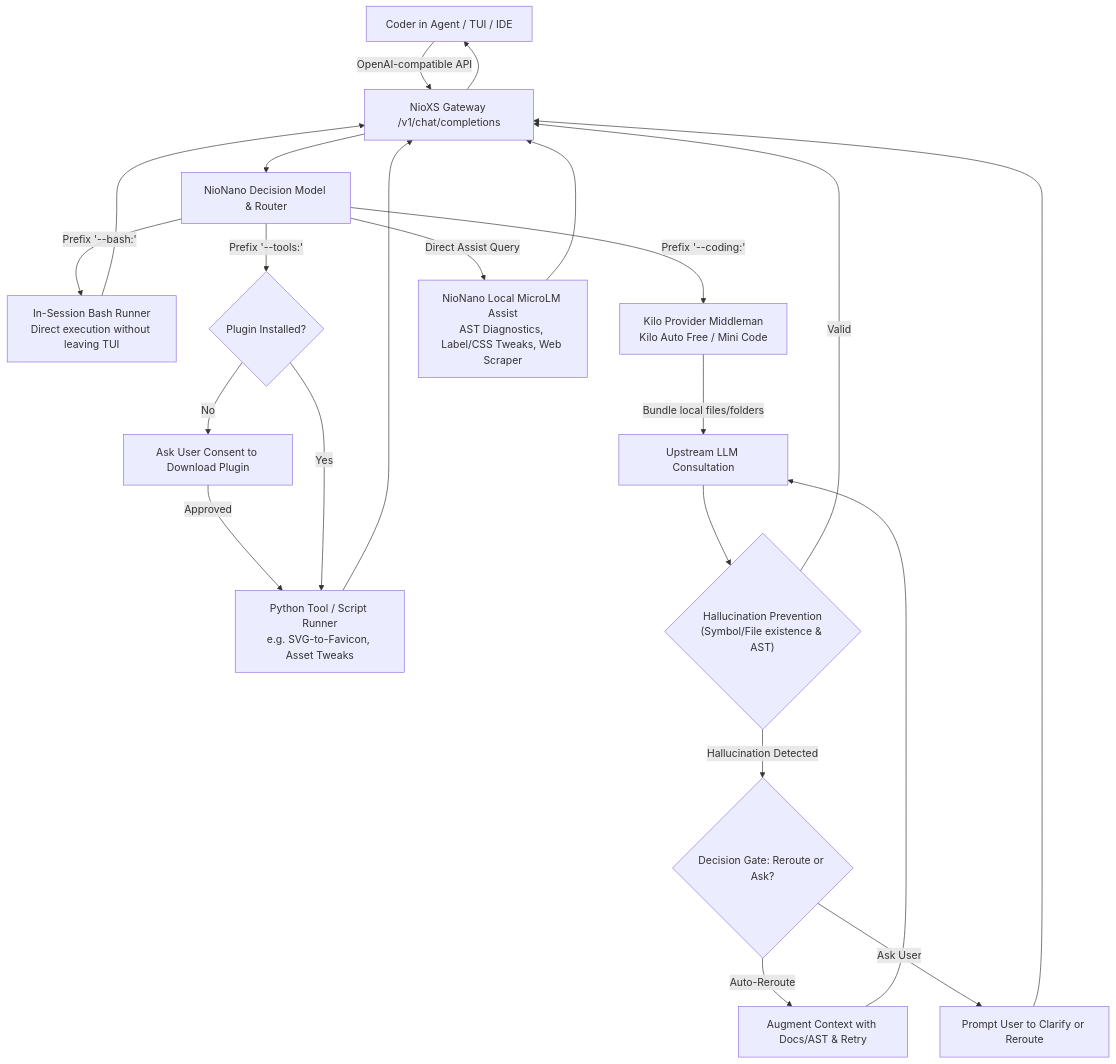
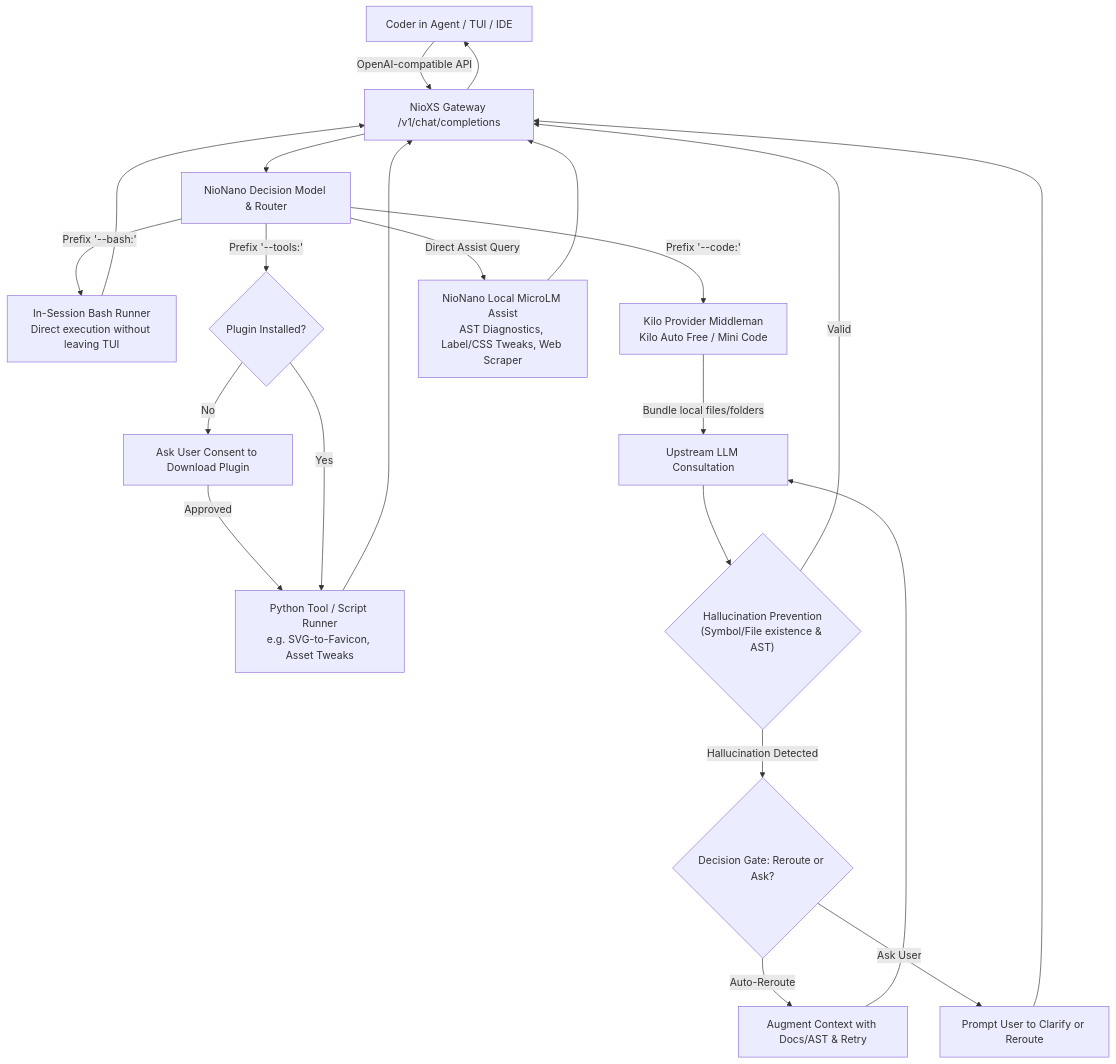
One commit to nio-labs/nio-xs changed the diagram in docs/ROADMAP.md. Above: the diagram before and after it, drawn with Mermaid. The commit also changed other lines of this file and 8 other files, not shown here.

First line of the commit message:
feat(companion): make --code the sole coding directive and sync docs

````diff
--- a/docs/ROADMAP.md
+++ b/docs/ROADMAP.md
@@ -20,28 +20,28 @@
 ```mermaid
 flowchart TD
     U["Coder in Agent / TUI / IDE"] -->|OpenAI-compatible API| P["NioXS Gateway /v1/chat/completions"]
     P --> DM["NioNano Decision Model & Router"]
     
     DM -->|Prefix '--bash:'| BASH["In-Session Bash Runner<br/>Direct execution without leaving TUI"]
     DM -->|Prefix '--tools:'| PLUG{"Plugin Installed?"}
     PLUG -->|No| CONF["Ask User Consent to Download Plugin"]
     CONF -->|Approved| PY["Python Tool / Script Runner<br/>e.g. SVG-to-Favicon, Asset Tweaks"]
     PLUG -->|Yes| PY
     
-    DM -->|Prefix '--coding:'| KILO["Kilo Provider Middleman<br/>Kilo Auto Free / Mini Code"]
+    DM -->|Prefix '--code:'| KILO["Kilo Provider Middleman<br/>Kilo Auto Free / Mini Code"]
     KILO -->|Bundle local files/folders| LLM["Upstream LLM Consultation"]
     LLM --> CHECK{"Hallucination Prevention<br/>(Symbol/File existence & AST)"}
     CHECK -->|Valid| P
     CHECK -->|Hallucination Detected| GATE{"Decision Gate: Reroute or Ask?"}
     GATE -->|Auto-Reroute| REROUTE["Augment Context with Docs/AST & Retry"]
     REROUTE --> LLM
     GATE -->|Ask User| PROMPT["Prompt User to Clarify or Reroute"]
     PROMPT --> P
     
     DM -->|Direct Assist Query| NANO["NioNano Local MicroLM Assist<br/>AST Diagnostics, Label/CSS Tweaks, Web Scraper"]
     
     BASH --> P
     PY --> P
     NANO --> P
     P --> U
 ```
````
